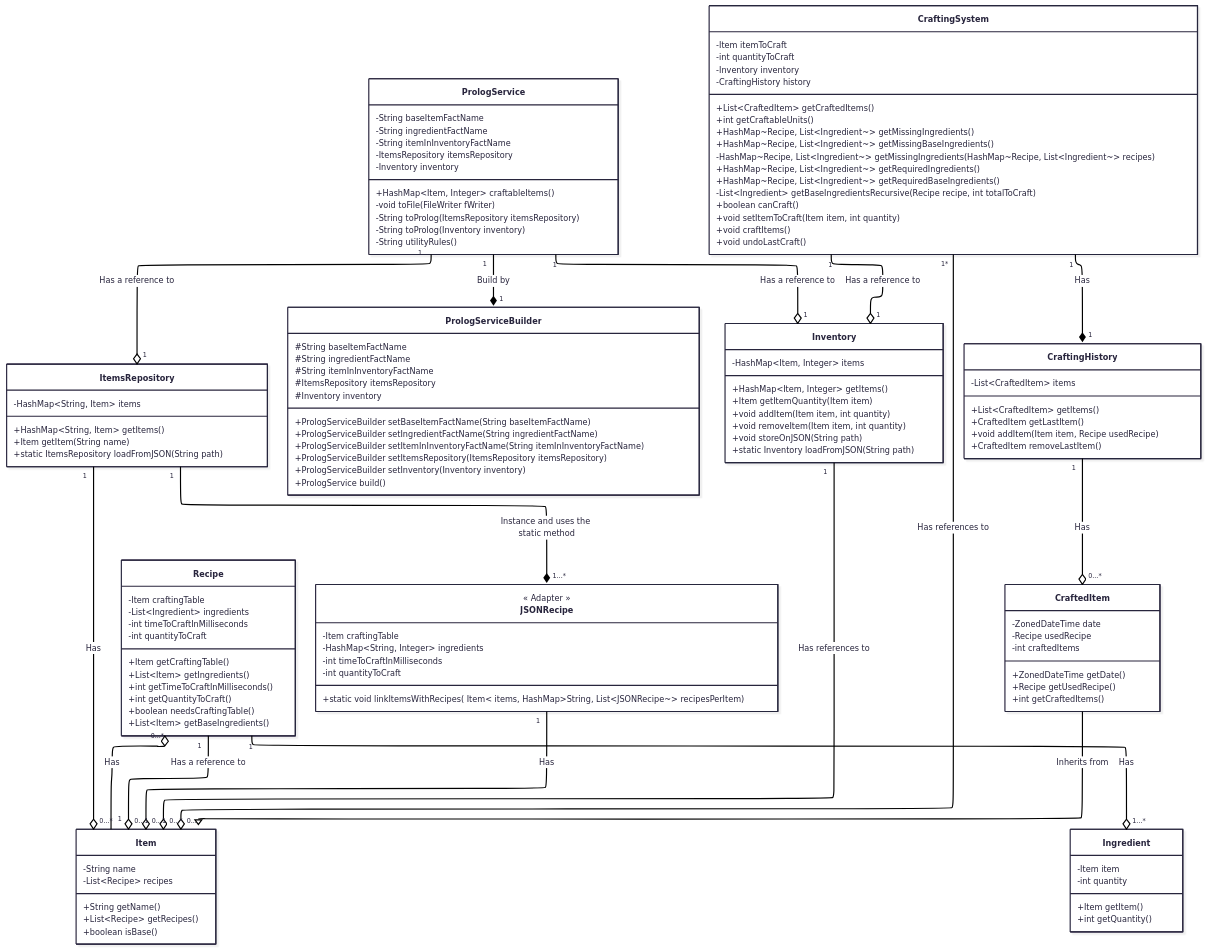
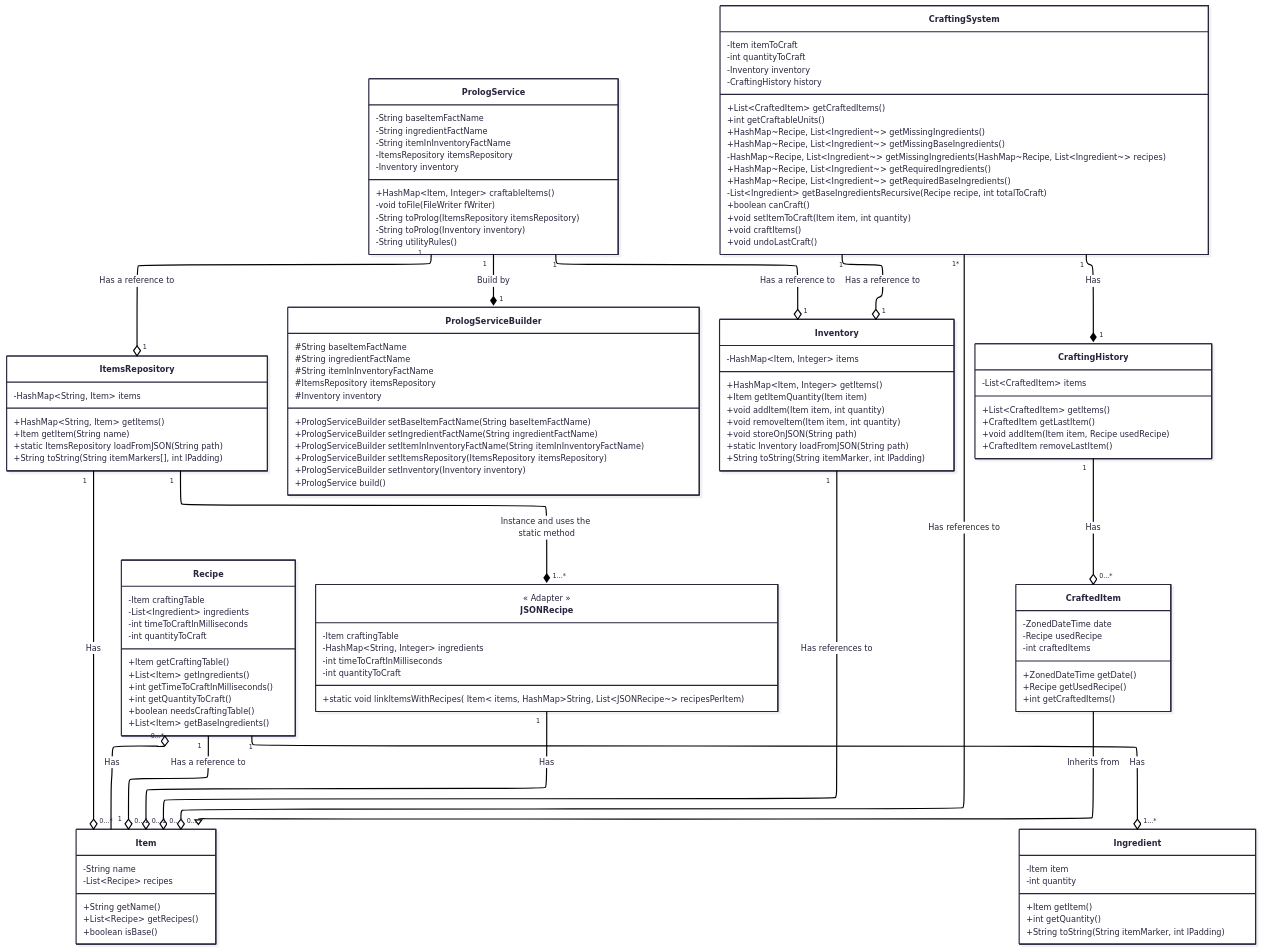
Before and after one commit to hozlucas28/Java-Practical-Work-2025: the first of 2 diagrams in README.md, drawn with Mermaid.

Commit message:
docs: update class diagram

```diff
--- a/README.md
+++ b/README.md
@@ -118,6 +118,7 @@
 	    +HashMap~String, Item~ getItems()
 	    +Item getItem(String name)
         +static ItemsRepository loadFromJSON(String path)
+        +String toString(String itemMarkers[], int lPadding)
     }
 
     class PrologService {
@@ -202,6 +203,7 @@
 	    +void removeItem(Item item, int quantity)
         +void storeOnJSON(String path)
         +static Inventory loadFromJSON(String path)
+        +String toString(String itemMarker, int lPadding)
     }
 
     class Ingredient {
@@ -210,6 +212,7 @@
 
 	    +Item getItem()
 	    +int getQuantity()
+        +String toString(String itemMarker, int lPadding)
     }
 
     class CraftingSystem {
```
